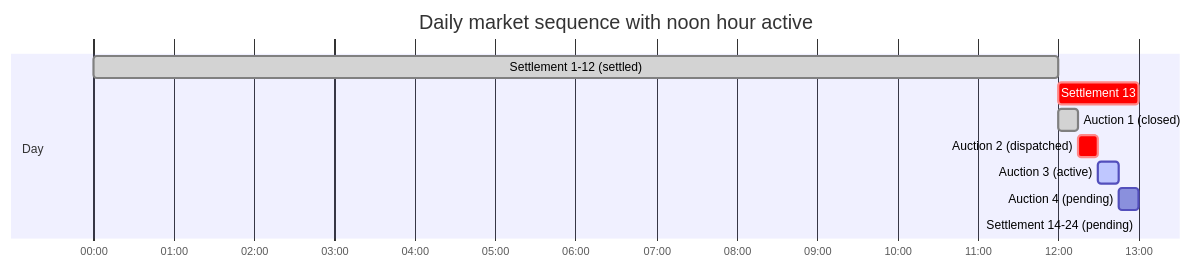
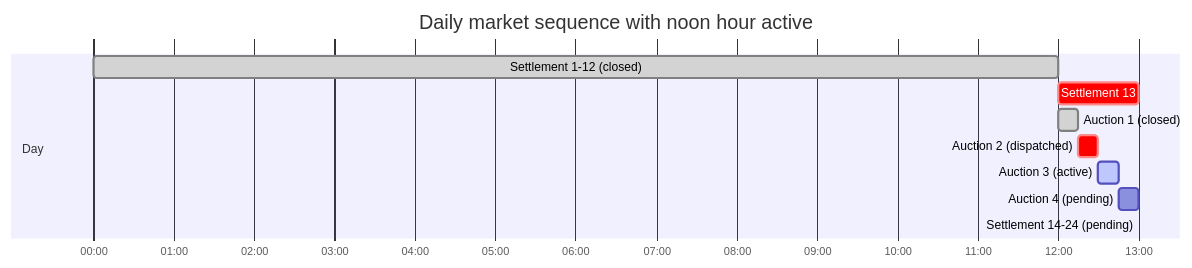
Before and after one commit to aivanova5/design: the first of 7 diagrams in docs/auction.md, drawn with Mermaid. The commit also changed other lines of this file, not shown here.

````diff
--- a/docs/auction.md
+++ b/docs/auction.md
@@ -10,14 +10,14 @@
 ```mermaid
 gantt
    dateFormat HH:mm
    axisFormat %H:00
    title Daily market sequence with noon hour active
 section Day 
-   Settlement 1-12 (settled): done, des0, 00:00, 12:00
+   Settlement 1-12 (closed): done, des0, 00:00, 12:00
    Settlement 13: crit, des13, 12:00, 13:00
    Auction 1 (closed): done, des1, 12:00, 12:15
    Auction 2 (dispatched): crit, des2, after des1, 12:30
    Auction 3 (active): active, des3, after des2, 12:45
    Auction 4 (pending):   des4, after des3, 13:00
    Settlement 14-24 (pending):   des14, 13:00, 24:00
 ```
````
